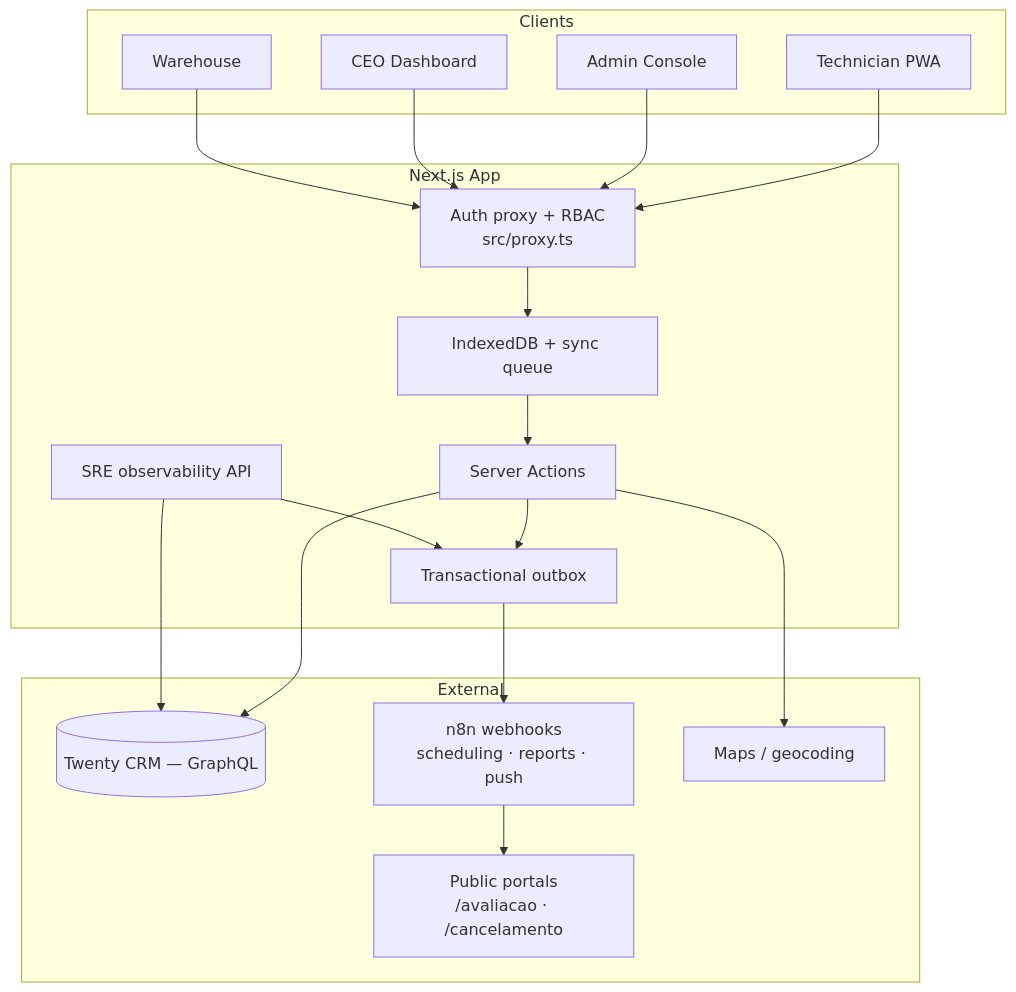
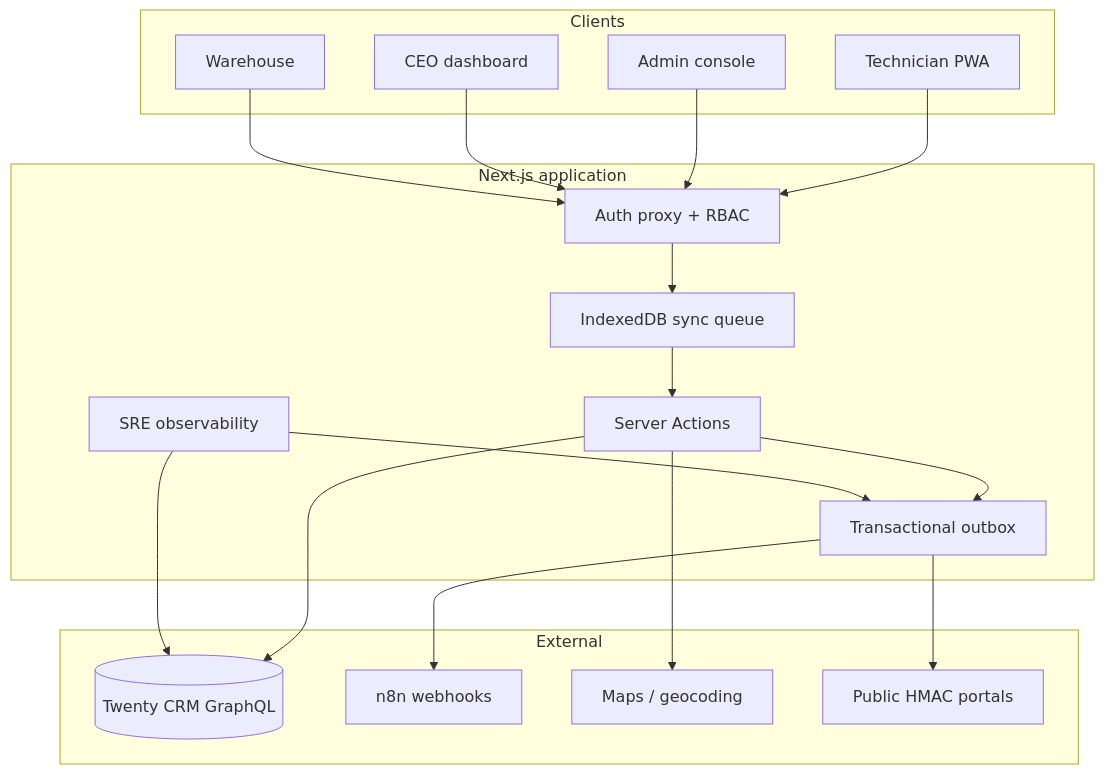
The first of 2 diagrams in README.md (alyekseyenko/services-blinds), drawn with Mermaid before and after one commit. The commit also changed other lines of this file, not shown here.

First line of the commit message:
docs: rewrite README for portfolio and recruiter-facing architecture story.

````diff
--- a/README.md
+++ b/README.md
@@ -144,36 +78,36 @@
 ```mermaid
 graph TB
     subgraph Clients
         TECH[Technician PWA]
-        ADMIN[Admin Console]
-        CEO[CEO Dashboard]
+        ADMIN[Admin console]
+        CEO[CEO dashboard]
         WH[Warehouse]
     end
 
-    subgraph "Next.js App"
-        PROXY[Auth proxy + RBAC<br/>src/proxy.ts]
+    subgraph NextApp["Next.js application"]
+        PROXY[Auth proxy + RBAC]
         ACTIONS[Server Actions]
-        OFFLINE[IndexedDB + sync queue]
+        IDB[IndexedDB sync queue]
         OUTBOX[Transactional outbox]
-        OBS[SRE observability API]
+        OBS[SRE observability]
     end
 
     subgraph External
-        CRM[(Twenty CRM — GraphQL)]
-        N8N[n8n webhooks<br/>scheduling · reports · push]
+        CRM[(Twenty CRM GraphQL)]
+        N8N[n8n webhooks]
         MAPS[Maps / geocoding]
-        PORTALS[Public portals<br/>/avaliacao · /cancelamento]
+        PORTALS[Public HMAC portals]
     end
 
     TECH --> PROXY
     ADMIN --> PROXY
     CEO --> PROXY
     WH --> PROXY
-    PROXY --> OFFLINE --> ACTIONS
+    PROXY --> IDB --> ACTIONS
     ACTIONS --> CRM
     ACTIONS --> OUTBOX --> N8N
-    N8N --> PORTALS
+    OUTBOX --> PORTALS
     ACTIONS --> MAPS
     OBS --> CRM
     OBS --> OUTBOX
 ```
````
